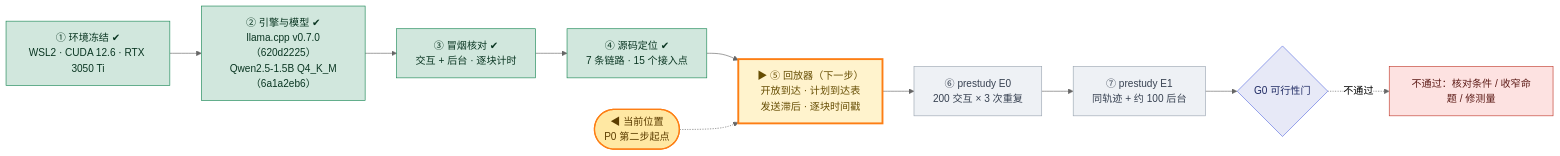
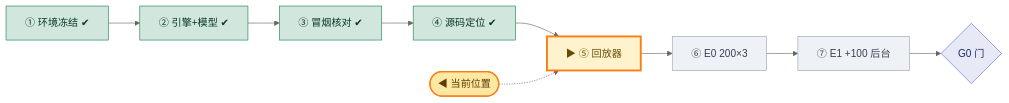
One commit to Linsdfe/llm-admission-tail-latency-control changed the third of 3 diagrams in README.md. Above: the diagram before and after it, drawn with Mermaid (neutral theme). The commit also changed other lines of this file and 2 other files, not shown here.

First line of the commit message:
docs: 任务流程图改为紧凑版（单行阶段推进，决策门标在箭头上）

````diff
--- a/README.md
+++ b/README.md
@@ -67,30 +58,26 @@
 ```mermaid
 flowchart LR
-    NOW(["◀ 当前位置<br/>P0 第二步起点"])
-    S1["① 环境冻结 ✔<br/>WSL2 · CUDA 12.6 · RTX 3050 Ti"]
-    S2["② 引擎与模型 ✔<br/>llama.cpp v0.7.0（620d2225）<br/>Qwen2.5-1.5B Q4_K_M（6a1a2eb6）"]
-    S3["③ 冒烟核对 ✔<br/>交互 + 后台 · 逐块计时"]
-    S4["④ 源码定位 ✔<br/>7 条链路 · 15 个接入点"]
-    S5["▶ ⑤ 回放器（下一步）<br/>开放到达 · 计划到达表<br/>发送滞后 · 逐块时间戳"]
-    S6["⑥ prestudy E0<br/>200 交互 × 3 次重复"]
-    S7["⑦ prestudy E1<br/>同轨迹 + 约 100 后台"]
-    G0{"G0 可行性门"}
-    BAD["不通过：核对条件 / 收窄命题 / 修测量"]
+    NOW(["◀ 当前位置"])
+    S1["① 环境冻结 ✔"]
+    S2["② 引擎+模型 ✔"]
+    S3["③ 冒烟核对 ✔"]
+    S4["④ 源码定位 ✔"]
+    S5["▶ ⑤ 回放器"]
+    S6["⑥ E0 200×3"]
+    S7["⑦ E1 +100 后台"]
+    G0{"G0 门"}
 
     S1 --> S2 --> S3 --> S4 --> S5 --> S6 --> S7 --> G0
     NOW -.-> S5
-    G0 -.->|不通过| BAD
 
     classDef done fill:#d1e7dd,stroke:#198754,color:#0a3622;
     classDef current fill:#fff3cd,stroke:#fd7e14,stroke-width:3px,color:#664d03;
     classDef todo fill:#eef1f5,stroke:#9aa5b1,color:#374151;
     classDef gate fill:#e7e9f7,stroke:#5b6ee1,color:#1f2a63;
     classDef nowbox fill:#ffe8a3,stroke:#fd7e14,stroke-width:2px,color:#5c3d00;
-    classDef branch fill:#fde2e1,stroke:#c0392b,color:#5c1a16;
     class S1,S2,S3,S4 done;
     class S5 current;
     class S6,S7 todo;
     class G0 gate;
     class NOW nowbox;
-    class BAD branch;
 ```
````
